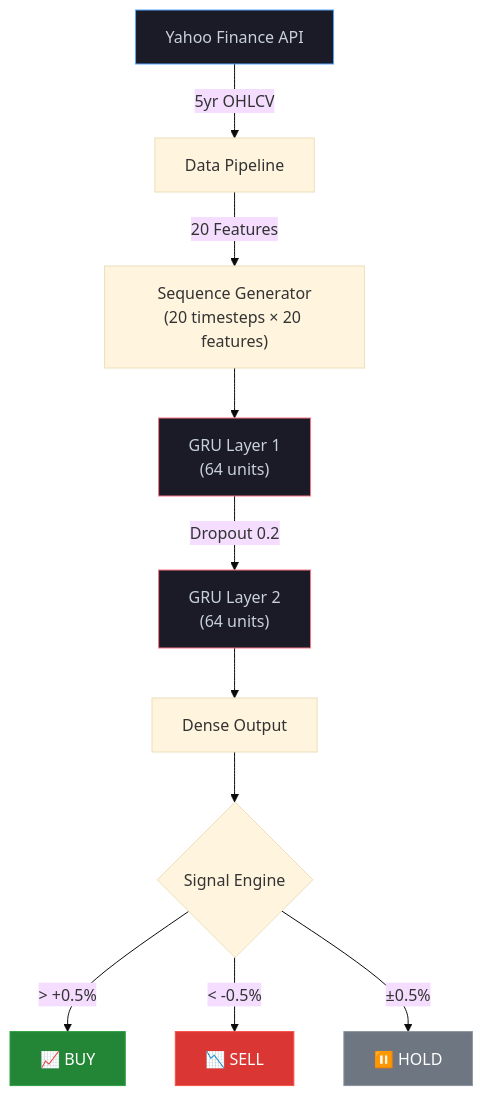
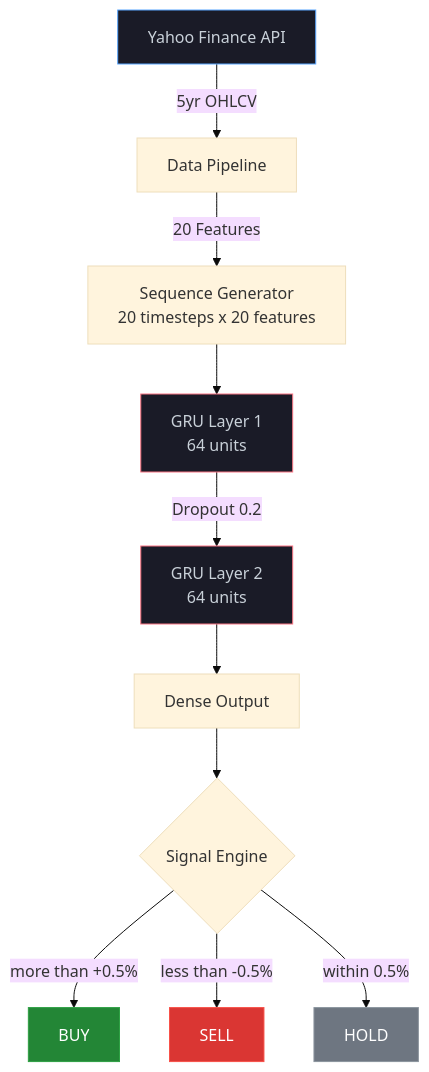
The diagram in README.md (Shrey6876/stock-price-prediction-gru), drawn with Mermaid (base theme) before and after one commit. The commit also changed other lines of this file, not shown here.

````diff
--- a/README.md
+++ b/README.md
@@ -74,19 +74,19 @@
 ```mermaid
 graph TD
     A[Yahoo Finance API] -->|5yr OHLCV| B[Data Pipeline]
-    B -->|"20 Features"| C["Sequence Generator<br/>(20 timesteps × 20 features)"]
-    C --> D["GRU Layer 1<br/>(64 units)"]
-    D -->|Dropout 0.2| E["GRU Layer 2<br/>(64 units)"]
+    B -->|20 Features| C[Sequence Generator<br/>20 timesteps x 20 features]
+    C --> D[GRU Layer 1<br/>64 units]
+    D -->|Dropout 0.2| E[GRU Layer 2<br/>64 units]
     E --> F[Dense Output]
     F --> G{Signal Engine}
-    G -->|"> +0.5%"| H[📈 BUY]
-    G -->|"< -0.5%"| I[📉 SELL]
-    G -->|"±0.5%"| J[⏸️ HOLD]
+    G -->|more than +0.5%| H[BUY]
+    G -->|less than -0.5%| I[SELL]
+    G -->|within 0.5%| J[HOLD]
     
     style A fill:#1a1b27,stroke:#58a6ff,color:#c9d1d9
     style D fill:#1a1b27,stroke:#f97583,color:#c9d1d9
     style E fill:#1a1b27,stroke:#f97583,color:#c9d1d9
     style H fill:#238636,stroke:#2ea043,color:#ffffff
     style I fill:#da3633,stroke:#f85149,color:#ffffff
     style J fill:#6e7681,stroke:#8b949e,color:#ffffff
 ```
````
